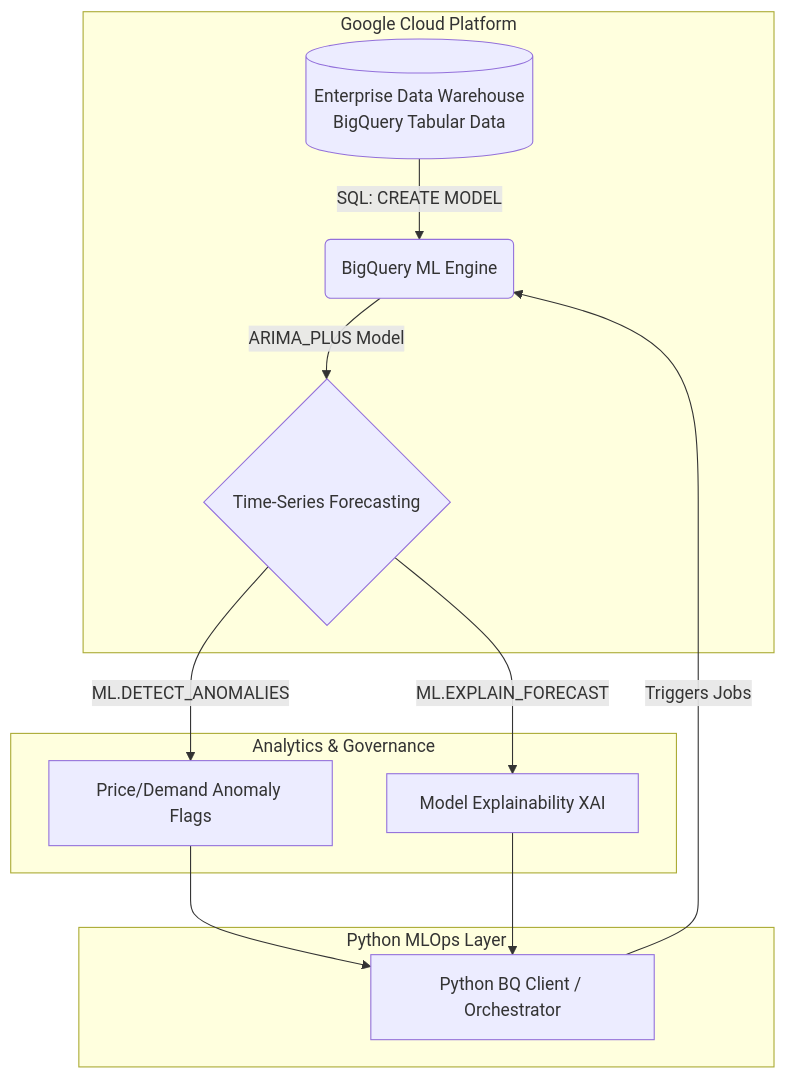
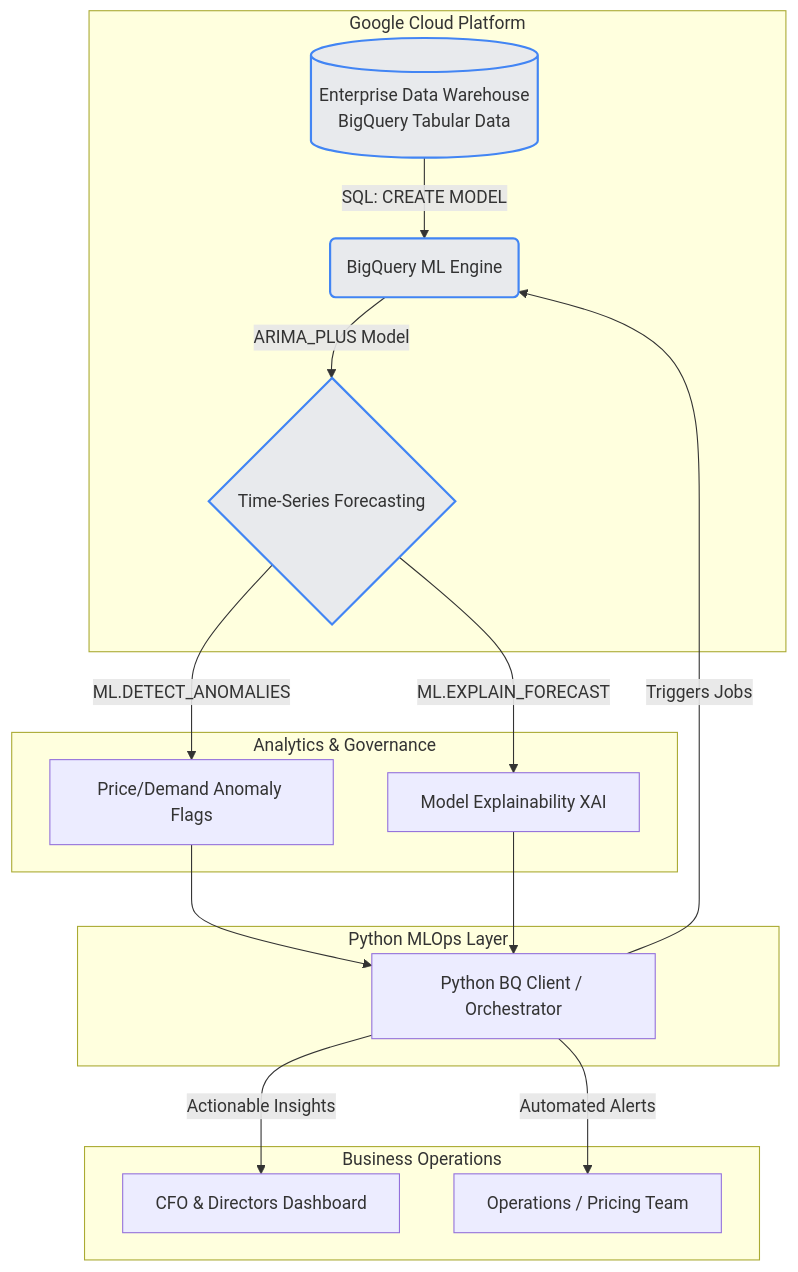
The diagram in AI-Systems-Architecture/forecasting-anomaly-engine/README.md (ferrosas2/helloworld), drawn with Mermaid before and after one commit.

Commit message:
Add Business Operations subgraph to architecture diagram in README for clarity

````diff
--- a/AI-Systems-Architecture/forecasting-anomaly-engine/README.md
+++ b/AI-Systems-Architecture/forecasting-anomaly-engine/README.md
@@ -9,18 +9,26 @@
 ```mermaid
 graph TD
     subgraph Google Cloud Platform
         A[(Enterprise Data Warehouse\nBigQuery Tabular Data)] -->|SQL: CREATE MODEL| B(BigQuery ML Engine)
         B -->|ARIMA_PLUS Model| C{Time-Series Forecasting}
     end
 
     subgraph Analytics & Governance
         C -->|ML.DETECT_ANOMALIES| D[Price/Demand Anomaly Flags]
         C -->|ML.EXPLAIN_FORECAST| E[Model Explainability XAI]
     end
 
     subgraph Python MLOps Layer
         F[Python BQ Client / Orchestrator] -->|Triggers Jobs| B
         D --> F
         E --> F
     end
+
+    subgraph Business Operations
+        F -->|Actionable Insights| G[CFO & Directors Dashboard]
+        F -->|Automated Alerts| H[Operations / Pricing Team]
+    end
+    
+    classDef BQ fill:#e8eaed,stroke:#4285f4,stroke-width:2px;
+    class A,B,C BQ;
 ```
````
